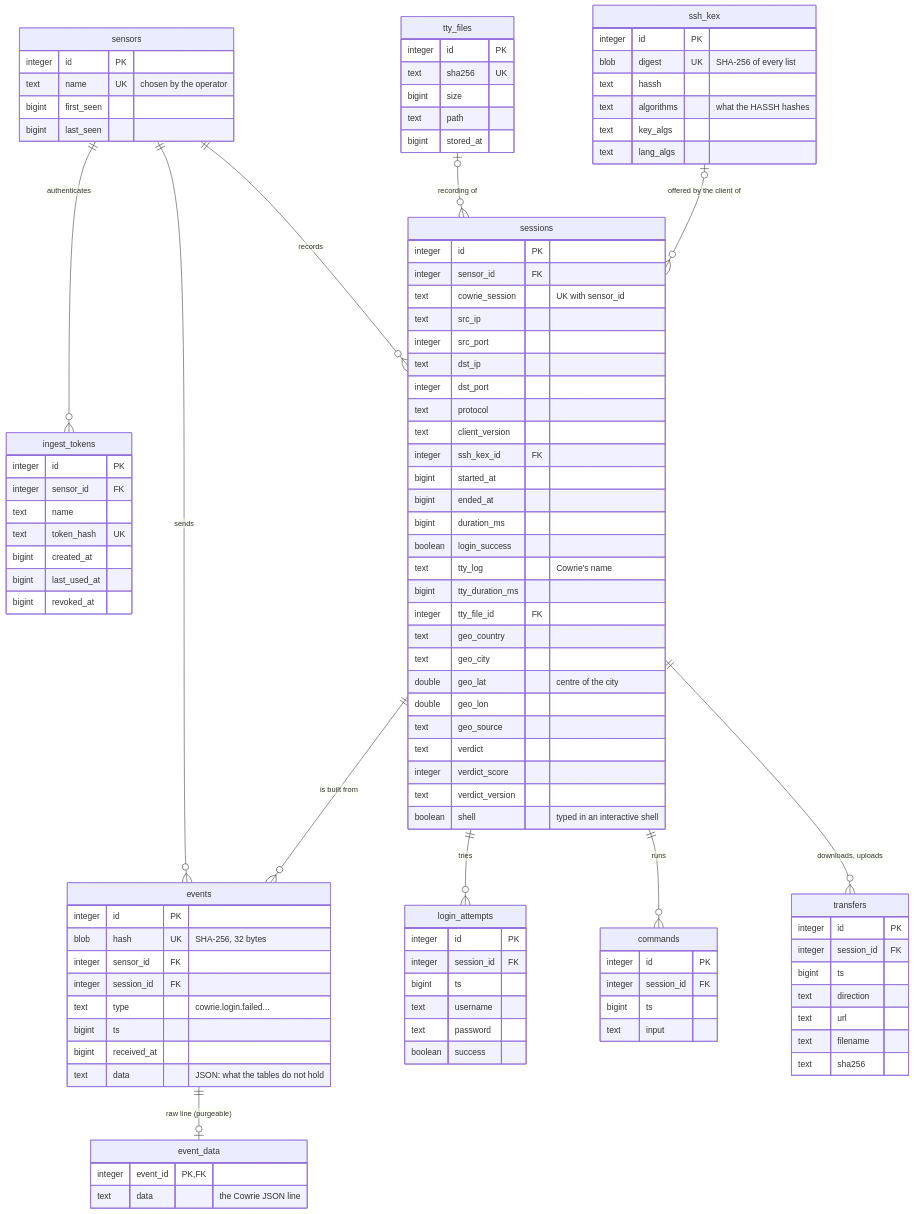
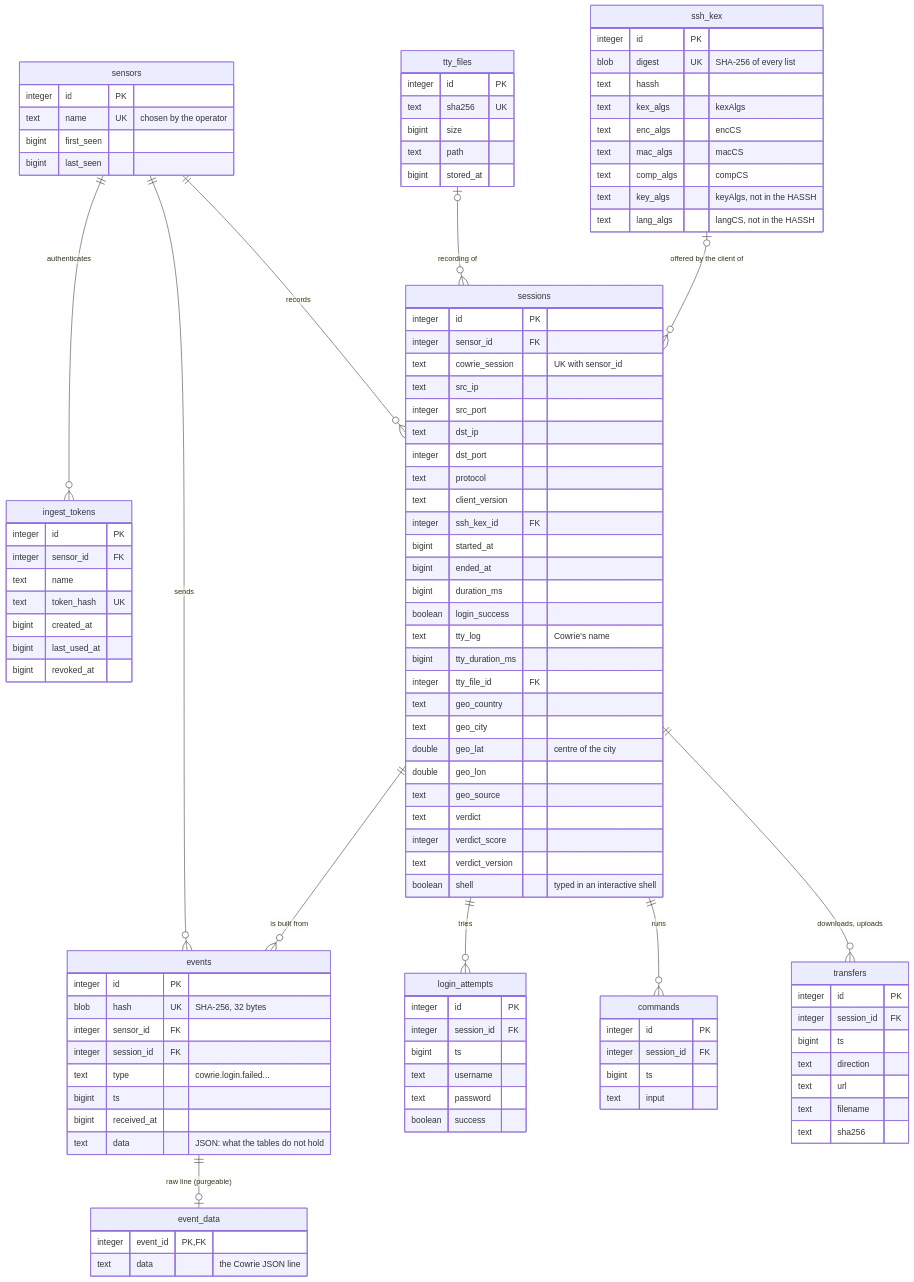
One commit to devleesch001/cauri changed the first of 2 diagrams in docs/db.md. Above: the diagram before and after it, drawn with Mermaid. The commit also changed 9 other files, not shown here.

First line of the commit message:
refactor(schema): one ssh_kex column per list Cowrie sends

```diff
--- a/docs/db.md
+++ b/docs/db.md
@@ -152,9 +152,12 @@
         integer id PK
         blob digest UK "SHA-256 of every list"
         text hassh
-        text algorithms "what the HASSH hashes"
-        text key_algs
-        text lang_algs
+        text kex_algs "kexAlgs"
+        text enc_algs "encCS"
+        text mac_algs "macCS"
+        text comp_algs "compCS"
+        text key_algs "keyAlgs, not in the HASSH"
+        text lang_algs "langCS, not in the HASSH"
     }
     tty_files {
         integer id PK
```
